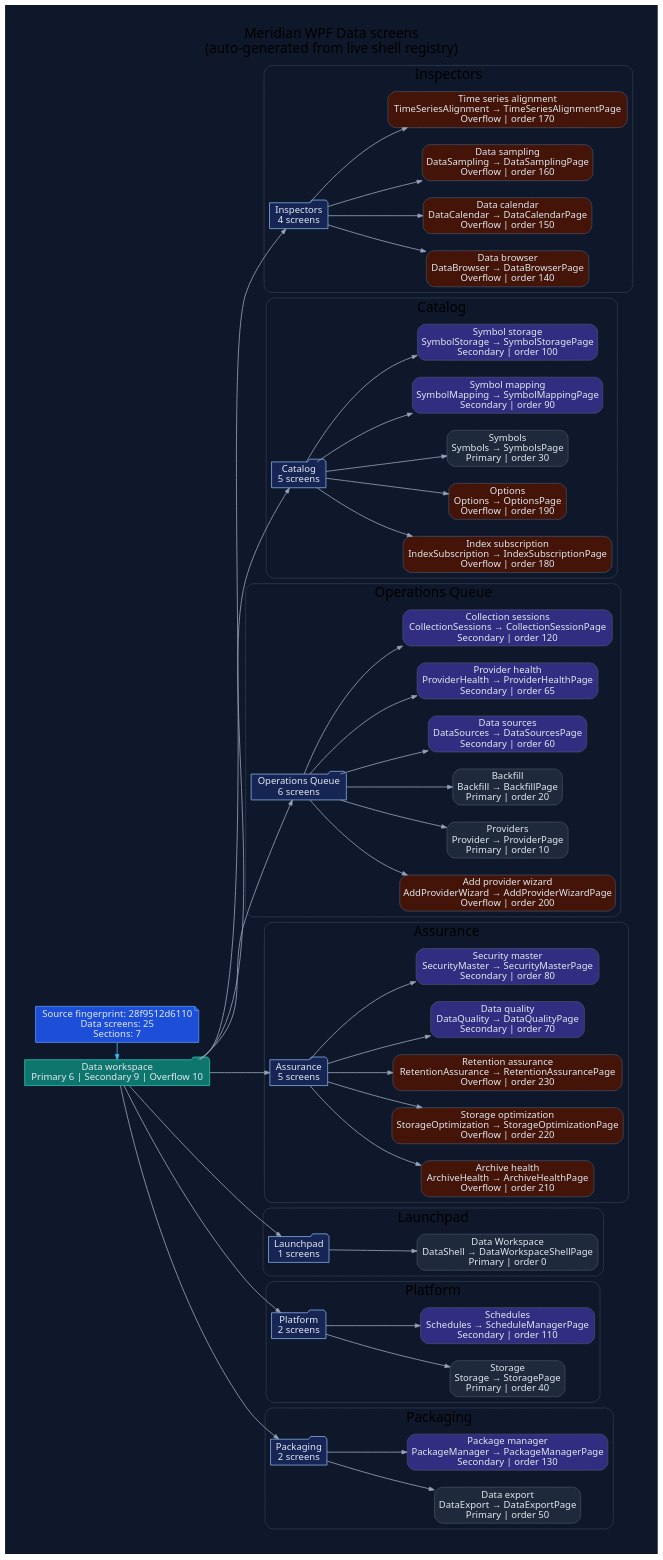
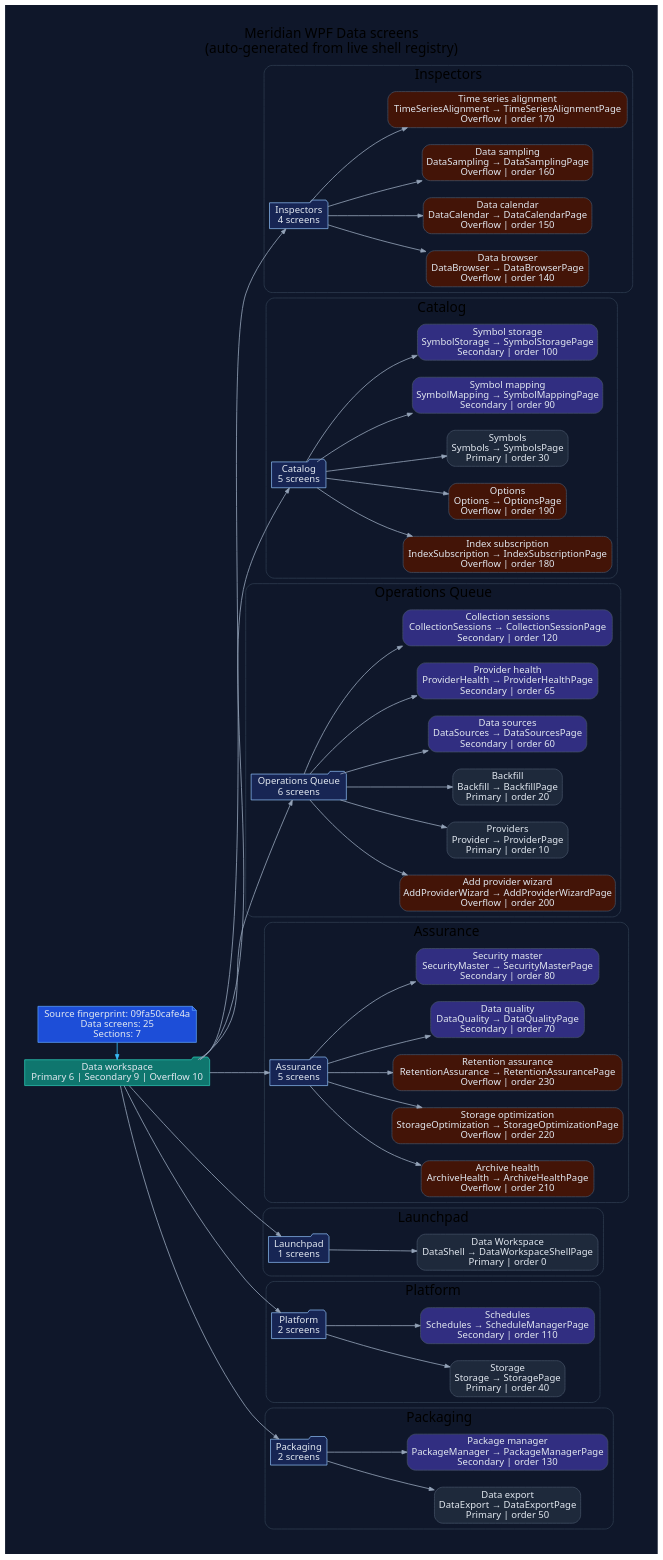
The diagram in docs/diagrams/ui/ui-wpf-screens-data.dot (rodoHasArrived/Meridian-main), drawn with Graphviz before and after one commit. The commit also changed 263 other files, not shown here.

```diff
--- a/docs/diagrams/ui/ui-wpf-screens-data.dot
+++ b/docs/diagrams/ui/ui-wpf-screens-data.dot
@@ -1,132 +1,132 @@
 // -----------------------------------------------------------------------------
 // <auto-generated>
 // Generated by scripts/generate-diagrams.mjs.
 // Do not edit this file directly; update the WPF source files instead.
 // -----------------------------------------------------------------------------
 digraph WpfDataScreens {
   graph [
     rankdir=LR,
     labelloc=t,
     label="Meridian WPF Data screens\n(auto-generated from live shell registry)",
     fontname="Segoe UI",
     fontsize=20,
     pad=0.4,
     nodesep=0.35,
     ranksep=0.85,
     bgcolor="#0f172a"
   ];
   node [fontname="Segoe UI", shape=box, style="rounded,filled", color="#475569", fontcolor="#e2e8f0", fillcolor="#1e293b"];
   edge [fontname="Segoe UI", color="#94a3b8", penwidth=1.2, arrowsize=0.75];
 
-  generated [shape=note, fillcolor="#1d4ed8", color="#60a5fa", label="Source fingerprint: 28f9512d6110\nData screens: 25\nSections: 7"];
+  generated [shape=note, fillcolor="#1d4ed8", color="#60a5fa", label="Source fingerprint: 09fa50cafe4a\nData screens: 25\nSections: 7"];
   workspace [shape=folder, fillcolor="#0f766e", color="#2dd4bf", label="Data workspace\nPrimary 6 | Secondary 9 | Overflow 10"];
   generated -> workspace [color="#38bdf8"];
 
   subgraph cluster_section_1 {
     label="Inspectors";
     color="#334155";
     style="rounded";
     section_1 [shape=folder, fillcolor="#172554", color="#93c5fd", label="Inspectors\n4 screens"];
     workspace -> section_1;
     screen_DataBrowser [fillcolor="#431407", label="Data browser\nDataBrowser → DataBrowserPage\nOverflow | order 140"];
     section_1 -> screen_DataBrowser;
     screen_DataCalendar [fillcolor="#431407", label="Data calendar\nDataCalendar → DataCalendarPage\nOverflow | order 150"];
     section_1 -> screen_DataCalendar;
     screen_DataSampling [fillcolor="#431407", label="Data sampling\nDataSampling → DataSamplingPage\nOverflow | order 160"];
     section_1 -> screen_DataSampling;
     screen_TimeSeriesAlignment [fillcolor="#431407", label="Time series alignment\nTimeSeriesAlignment → TimeSeriesAlignmentPage\nOverflow | order 170"];
     section_1 -> screen_TimeSeriesAlignment;
   }
 
   subgraph cluster_section_2 {
     label="Catalog";
     color="#334155";
     style="rounded";
     section_2 [shape=folder, fillcolor="#172554", color="#93c5fd", label="Catalog\n5 screens"];
     workspace -> section_2;
     screen_IndexSubscription [fillcolor="#431407", label="Index subscription\nIndexSubscription → IndexSubscriptionPage\nOverflow | order 180"];
     section_2 -> screen_IndexSubscription;
     screen_Options [fillcolor="#431407", label="Options\nOptions → OptionsPage\nOverflow | order 190"];
     section_2 -> screen_Options;
     screen_Symbols [fillcolor="#1e293b", label="Symbols\nSymbols → SymbolsPage\nPrimary | order 30"];
     section_2 -> screen_Symbols;
     screen_SymbolMapping [fillcolor="#312e81", label="Symbol mapping\nSymbolMapping → SymbolMappingPage\nSecondary | order 90"];
     section_2 -> screen_SymbolMapping;
     screen_SymbolStorage [fillcolor="#312e81", label="Symbol storage\nSymbolStorage → SymbolStoragePage\nSecondary | order 100"];
     section_2 -> screen_SymbolStorage;
   }
 
   subgraph cluster_section_3 {
     label="Operations Queue";
     color="#334155";
     style="rounded";
     section_3 [shape=folder, fillcolor="#172554", color="#93c5fd", label="Operations Queue\n6 screens"];
     workspace -> section_3;
     screen_AddProviderWizard [fillcolor="#431407", label="Add provider wizard\nAddProviderWizard → AddProviderWizardPage\nOverflow | order 200"];
     section_3 -> screen_AddProviderWizard;
     screen_Provider [fillcolor="#1e293b", label="Providers\nProvider → ProviderPage\nPrimary | order 10"];
     section_3 -> screen_Provider;
     screen_Backfill [fillcolor="#1e293b", label="Backfill\nBackfill → BackfillPage\nPrimary | order 20"];
     section_3 -> screen_Backfill;
     screen_DataSources [fillcolor="#312e81", label="Data sources\nDataSources → DataSourcesPage\nSecondary | order 60"];
     section_3 -> screen_DataSources;
     screen_ProviderHealth [fillcolor="#312e81", label="Provider health\nProviderHealth → ProviderHealthPage\nSecondary | order 65"];
     section_3 -> screen_ProviderHealth;
     screen_CollectionSessions [fillcolor="#312e81", label="Collection sessions\nCollectionSessions → CollectionSessionPage\nSecondary | order 120"];
     section_3 -> screen_CollectionSessions;
   }
 
   subgraph cluster_section_4 {
     label="Assurance";
     color="#334155";
     style="rounded";
     section_4 [shape=folder, fillcolor="#172554", color="#93c5fd", label="Assurance\n5 screens"];
     workspace -> section_4;
     screen_ArchiveHealth [fillcolor="#431407", label="Archive health\nArchiveHealth → ArchiveHealthPage\nOverflow | order 210"];
     section_4 -> screen_ArchiveHealth;
     screen_StorageOptimization [fillcolor="#431407", label="Storage optimization\nStorageOptimization → StorageOptimizationPage\nOverflow | order 220"];
     section_4 -> screen_StorageOptimization;
     screen_RetentionAssurance [fillcolor="#431407", label="Retention assurance\nRetentionAssurance → RetentionAssurancePage\nOverflow | order 230"];
     section_4 -> screen_RetentionAssurance;
     screen_DataQuality [fillcolor="#312e81", label="Data quality\nDataQuality → DataQualityPage\nSecondary | order 70"];
     section_4 -> screen_DataQuality;
     screen_SecurityMaster [fillcolor="#312e81", label="Security master\nSecurityMaster → SecurityMasterPage\nSecondary | order 80"];
     section_4 -> screen_SecurityMaster;
   }
 
   subgraph cluster_section_5 {
     label="Launchpad";
     color="#334155";
     style="rounded";
     section_5 [shape=folder, fillcolor="#172554", color="#93c5fd", label="Launchpad\n1 screens"];
     workspace -> section_5;
     screen_DataShell [fillcolor="#1e293b", label="Data Workspace\nDataShell → DataWorkspaceShellPage\nPrimary | order 0"];
     section_5 -> screen_DataShell;
   }
 
   subgraph cluster_section_6 {
     label="Platform";
     color="#334155";
     style="rounded";
     section_6 [shape=folder, fillcolor="#172554", color="#93c5fd", label="Platform\n2 screens"];
     workspace -> section_6;
     screen_Storage [fillcolor="#1e293b", label="Storage\nStorage → StoragePage\nPrimary | order 40"];
     section_6 -> screen_Storage;
     screen_Schedules [fillcolor="#312e81", label="Schedules\nSchedules → ScheduleManagerPage\nSecondary | order 110"];
     section_6 -> screen_Schedules;
   }
 
   subgraph cluster_section_7 {
     label="Packaging";
     color="#334155";
     style="rounded";
     section_7 [shape=folder, fillcolor="#172554", color="#93c5fd", label="Packaging\n2 screens"];
     workspace -> section_7;
     screen_DataExport [fillcolor="#1e293b", label="Data export\nDataExport → DataExportPage\nPrimary | order 50"];
     section_7 -> screen_DataExport;
     screen_PackageManager [fillcolor="#312e81", label="Package manager\nPackageManager → PackageManagerPage\nSecondary | order 130"];
     section_7 -> screen_PackageManager;
   }
 
   { rank=min; generated; workspace; }
 }
```
